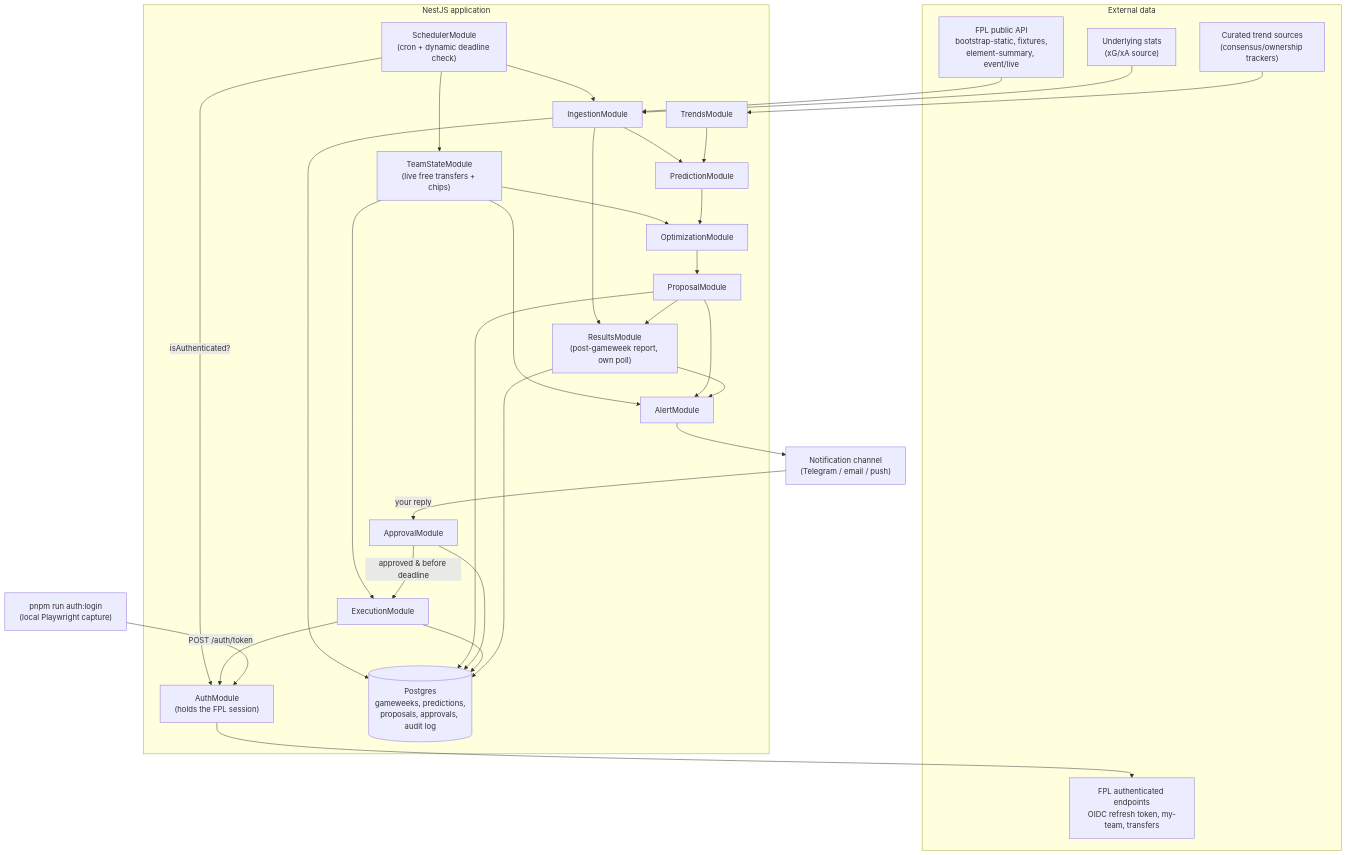
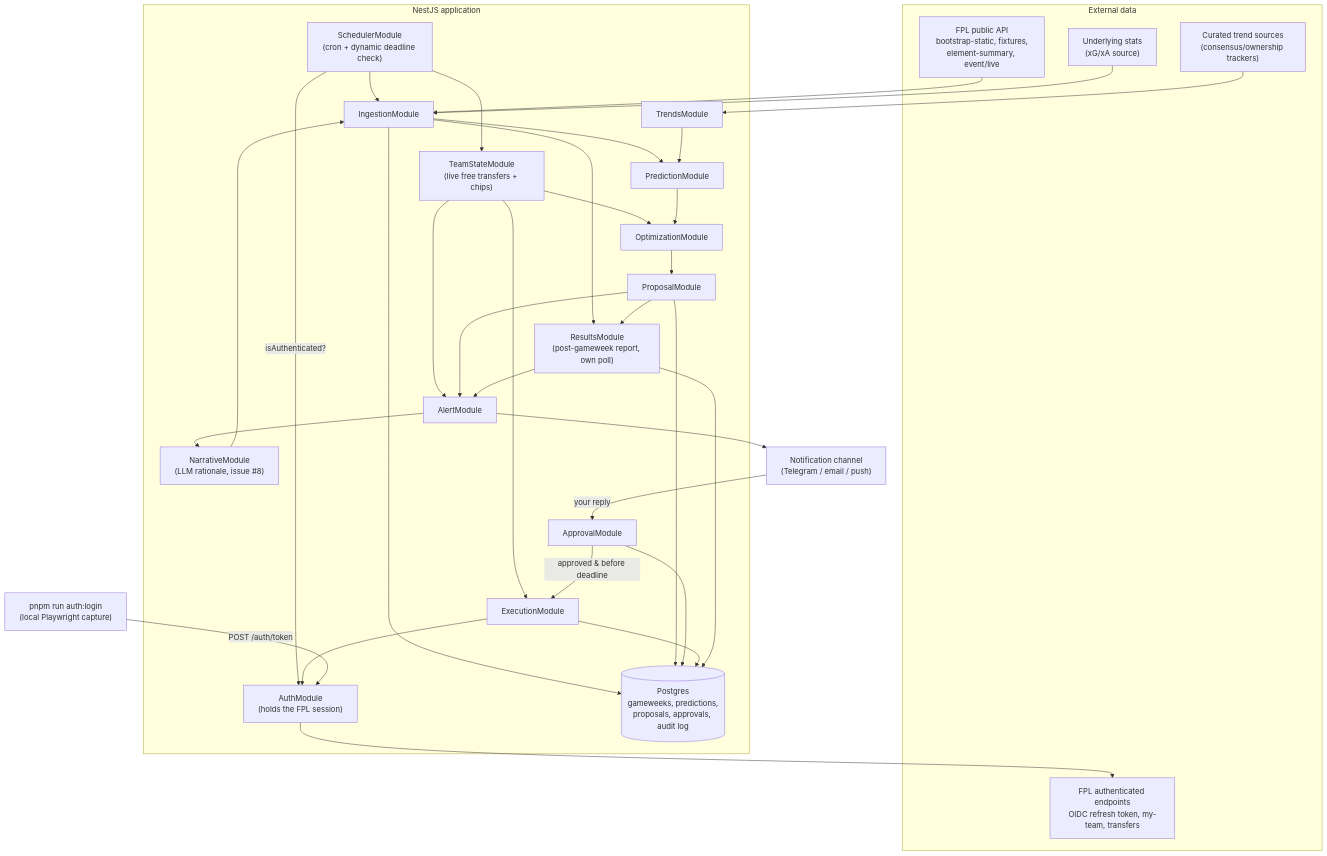
Before and after one commit to buka4rill/fpl-bot: the first of 2 diagrams in ARCHITECTURE.md, drawn with Mermaid. The commit also changed 17 other files, not shown here.

````diff
--- a/ARCHITECTURE.md
+++ b/ARCHITECTURE.md
@@ -20,57 +20,60 @@
 ```mermaid
 flowchart TB
     subgraph External["External data"]
         FPLPUB["FPL public API<br/>bootstrap-static, fixtures,<br/>element-summary, event/live"]
         UNDERSTAT["Underlying stats<br/>(xG/xA source)"]
         TRENDS["Curated trend sources<br/>(consensus/ownership trackers)"]
         FPLAUTH["FPL authenticated endpoints<br/>OIDC refresh token, my-team, transfers"]
     end
 
     subgraph Nest["NestJS application"]
         SCHED["SchedulerModule<br/>(cron + dynamic deadline check)"]
         INGEST["IngestionModule"]
         TRENDSMOD["TrendsModule"]
         PREDICT["PredictionModule"]
         OPT["OptimizationModule"]
         TEAMSTATE["TeamStateModule<br/>(live free transfers + chips)"]
         PROPOSAL["ProposalModule"]
         ALERT["AlertModule"]
+        NARRATIVE["NarrativeModule<br/>(LLM rationale, issue #8)"]
         APPROVAL["ApprovalModule"]
         EXEC["ExecutionModule"]
         AUTH["AuthModule<br/>(holds the FPL session)"]
         RESULTS["ResultsModule<br/>(post-gameweek report, own poll)"]
         DB[("Postgres<br/>gameweeks, predictions,<br/>proposals, approvals, audit log")]
     end
 
     NOTIFY["Notification channel<br/>(Telegram / email / push)"]
     LOCALLOGIN["pnpm run auth:login<br/>(local Playwright capture)"]
 
     FPLPUB --> INGEST
     UNDERSTAT --> INGEST
     TRENDS --> TRENDSMOD
     SCHED --> INGEST
     SCHED --> TEAMSTATE
     SCHED -->|isAuthenticated?| AUTH
     TEAMSTATE --> EXEC
     TEAMSTATE --> ALERT
     TEAMSTATE --> OPT
     INGEST --> DB
     INGEST --> PREDICT
     TRENDSMOD --> PREDICT
     PREDICT --> OPT
     OPT --> PROPOSAL
     PROPOSAL --> DB
     PROPOSAL --> ALERT
+    ALERT --> NARRATIVE
+    NARRATIVE --> INGEST
     ALERT --> NOTIFY
     NOTIFY -->|your reply| APPROVAL
     APPROVAL --> DB
     APPROVAL -->|approved & before deadline| EXEC
     EXEC --> AUTH
     AUTH --> FPLAUTH
     EXEC --> DB
     LOCALLOGIN -->|POST /auth/token| AUTH
     INGEST --> RESULTS
     PROPOSAL --> RESULTS
     RESULTS --> ALERT
     RESULTS --> DB
 ```
````
